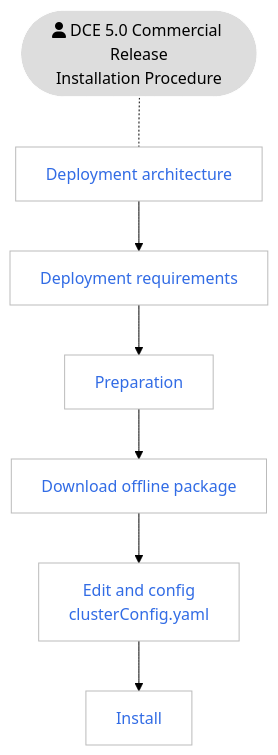
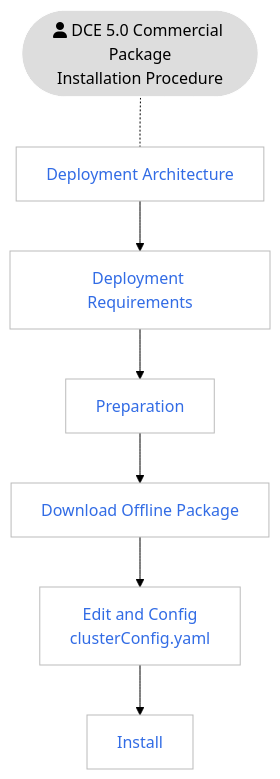
The second of 2 diagrams in docs/en/docs/install/intro.md (DaoCloud/DaoCloud-docs), drawn with Mermaid (forest theme) before and after one commit. The commit also changed other lines of this file and 10 other files, not shown here.

````diff
--- a/docs/en/docs/install/intro.md
+++ b/docs/en/docs/install/intro.md
@@ -72,27 +76,27 @@
 ```mermaid
 flowchart TB
 
-    start([fa:fa-user DCE 5.0 Commercial Release<br>Installation Procedure]) -.- arch[Deployment architecture]
-    arch --> deploy[Deployment requirements]
+    start([fa:fa-user DCE 5.0 Commercial Package<br>Installation Procedure]) -.- arch[Deployment Architecture]
+    arch --> deploy[Deployment Requirements]
     deploy --> prepare[Preparation]
-    prepare --> download[Download offline package]
-    download --> config[Edit and config<br>clusterConfig.yaml]
+    prepare --> download[Download Offline Package]
+    download --> config[Edit and Config<br>clusterConfig.yaml]
     config --> install[Install]
 
 classDef grey fill:#dddddd,stroke:#ffffff,stroke-width:1px,color:#000000, font-size:15px;
 classDef white fill:#ffffff,stroke:#000,stroke-width:1px,color:#000,font-weight:bold
 classDef spacewhite fill:#ffffff,stroke:#fff,stroke-width:0px,color:#000
 classDef plain fill:#ddd,stroke:#fff,stroke-width:1px,color:#000;
 classDef k8s fill:#326ce5,stroke:#fff,stroke-width:1px,color:#fff;
 classDef cluster fill:#fff,stroke:#bbb,stroke-width:1px,color:#326ce5;
 
 class arch,deploy,prepare,download,config,install cluster
 class start plain
 
 click arch "https://docs.daocloud.io/en/install/commercial/deploy-arch/"
 click deploy "https://docs.daocloud.io/en/install/commercial/deploy-requirements/"
 click prepare "https://docs.daocloud.io/en/install/commercial/prepare/"
 click download "https://docs.daocloud.io/en/install/commercial/start-install/#step-1-download-offline-package"
 click config "https://docs.daocloud.io/en/install/commercial/start-install/#step-2-configure-the-cluster-configuration-file"
 click install "https://docs.daocloud.io/en/install/commercial/start-install/#step-3-start-the-installation"
 ```
````
